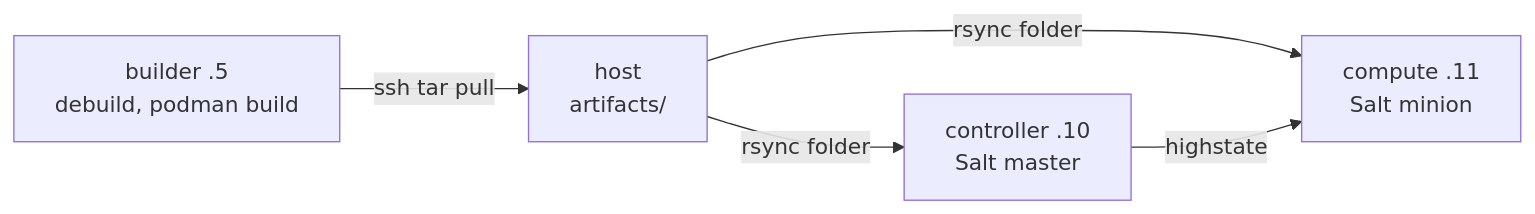
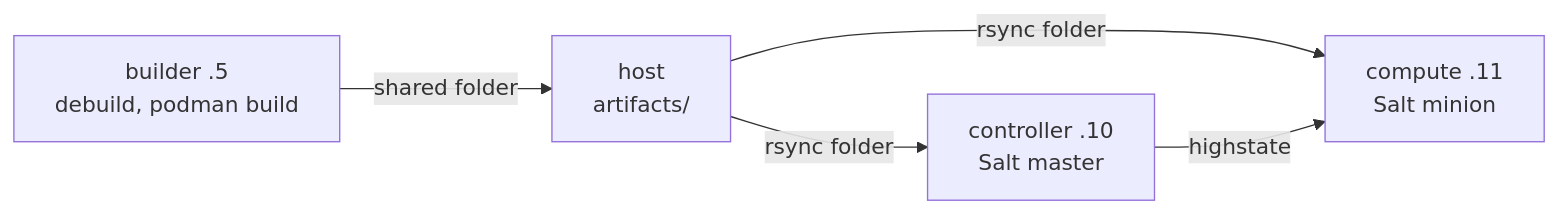
Before and after one commit to matanweisz/bigarch-devops-assignment: the first of 2 diagrams in README.md, drawn with Mermaid. The commit also changed other lines of this file and 6 other files, not shown here.

First line of the commit message:
fix: builder exports artifacts through a real shared folder

````diff
--- a/README.md
+++ b/README.md
@@ -23,7 +23,7 @@
 ```mermaid
 flowchart LR
-  builder["builder .5<br>debuild, podman build"] -->|"ssh tar pull"| host["host<br>artifacts/"]
+  builder["builder .5<br>debuild, podman build"] -->|"shared folder"| host["host<br>artifacts/"]
   host -->|"rsync folder"| controller["controller .10<br>Salt master"]
   host -->|"rsync folder"| compute["compute .11<br>Salt minion"]
   controller -->|"highstate"| compute
 ```
````
